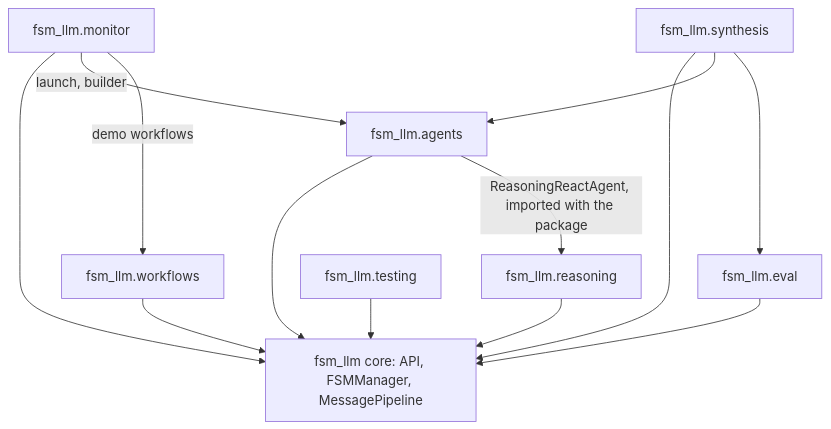
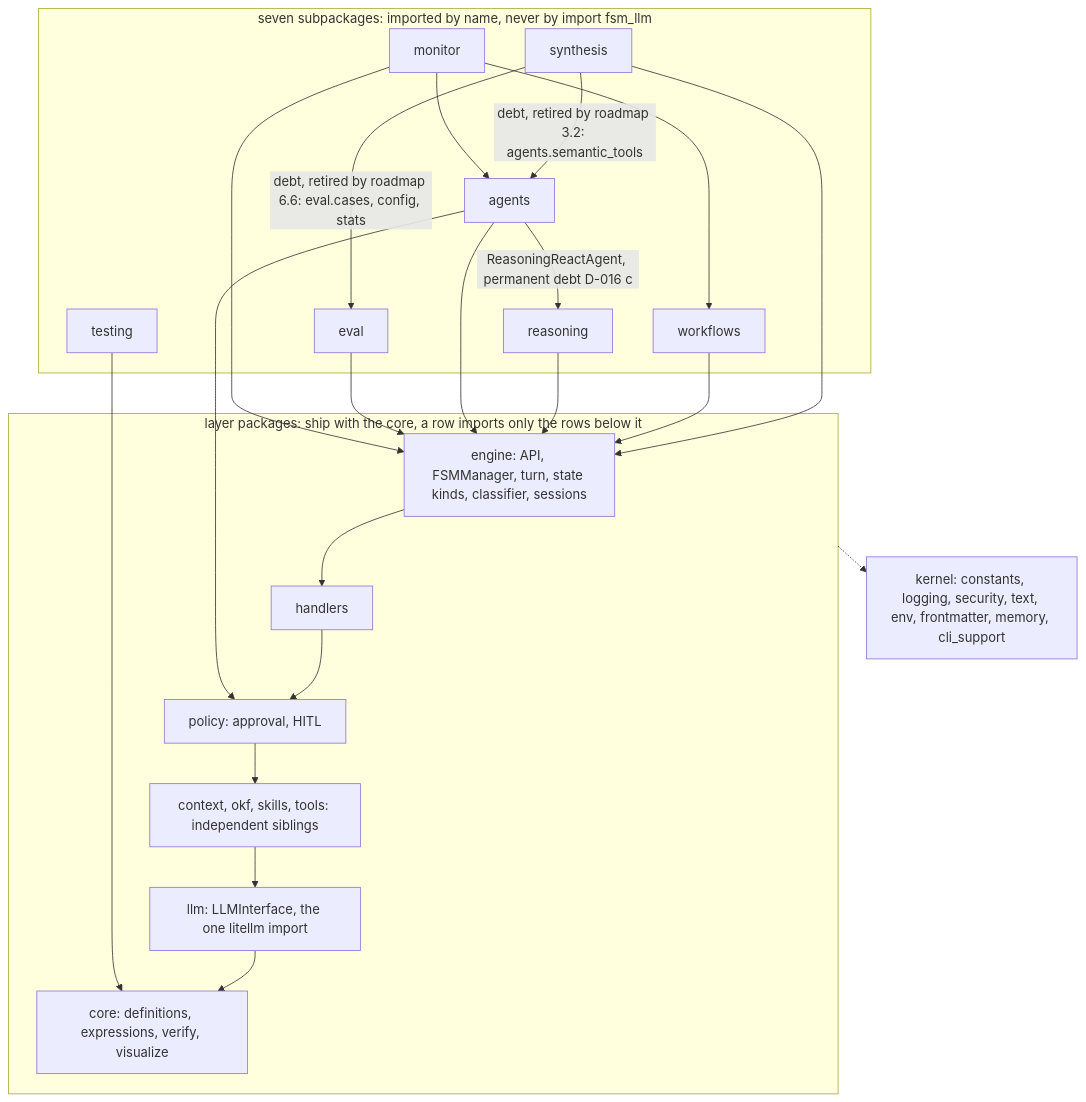
The diagram in AGENTS.md (NikolasMarkou/fsm_llm), drawn with Mermaid before and after one commit. The commit also changed other lines of this file and 38 other files, not shown here.

````diff
--- a/AGENTS.md
+++ b/AGENTS.md
@@ -15,16 +15,40 @@
 ```mermaid
 flowchart TD
-    core[fsm_llm core: API, FSMManager, MessagePipeline]
-    reasoning[fsm_llm.reasoning] --> core
-    workflows[fsm_llm.workflows] --> core
-    agents[fsm_llm.agents] --> core
-    agents -- ReasoningReactAgent, imported with the package --> reasoning
-    monitor[fsm_llm.monitor] --> core
-    monitor -- launch, builder --> agents
-    monitor -- demo workflows --> workflows
-    eval[fsm_llm.eval] --> core
-    synthesis[fsm_llm.synthesis] --> core
-    synthesis --> agents
-    synthesis --> eval
-    testing[fsm_llm.testing] --> core
+    subgraph sub[seven subpackages: imported by name, never by import fsm_llm]
+        monitor[monitor]
+        eval[eval]
+        agents[agents]
+        synthesis[synthesis]
+        workflows[workflows]
+        reasoning[reasoning]
+        testing[testing]
+    end
+    subgraph layers[layer packages: ship with the core, a row imports only the rows below it]
+        engine[engine: API, FSMManager, turn, state kinds, classifier, sessions]
+        handlers[handlers]
+        policy[policy: approval, HITL]
+        low[context, okf, skills, tools: independent siblings]
+        llm[llm: LLMInterface, the one litellm import]
+        core[core: definitions, expressions, verify, visualize]
+    end
+    kernel[kernel: constants, logging, security, text, env, frontmatter, memory, cli_support]
+    monitor --> agents
+    monitor --> workflows
+    monitor --> engine
+    eval --> engine
+    agents --> engine
+    agents -- ReasoningReactAgent, permanent debt D-016 c --> reasoning
+    reasoning --> engine
+    workflows --> engine
+    synthesis --> engine
+    synthesis -- debt, retired by roadmap 3.2: agents.semantic_tools --> agents
+    synthesis -- debt, retired by roadmap 6.6: eval.cases, config, stats --> eval
+    testing --> core
+    agents --> policy
+    engine --> handlers
+    handlers --> policy
+    policy --> low
+    low --> llm
+    llm --> core
+    layers -.-> kernel
 ```
````
